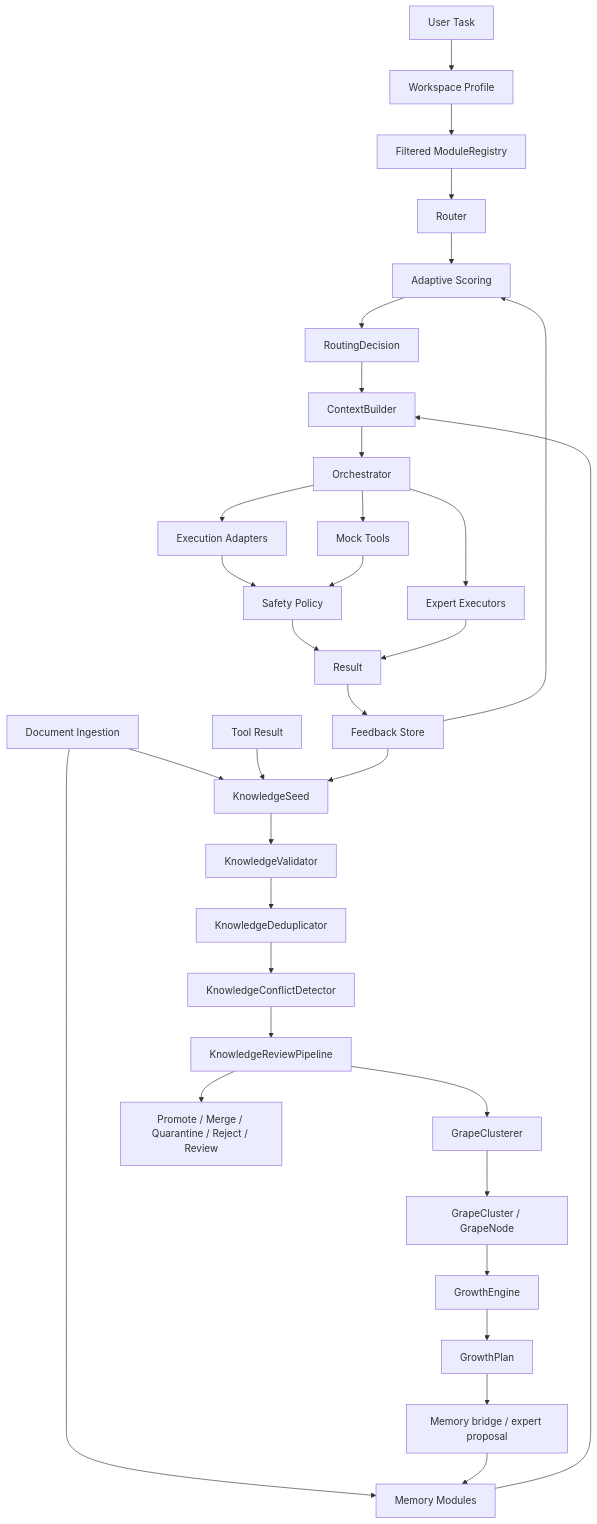
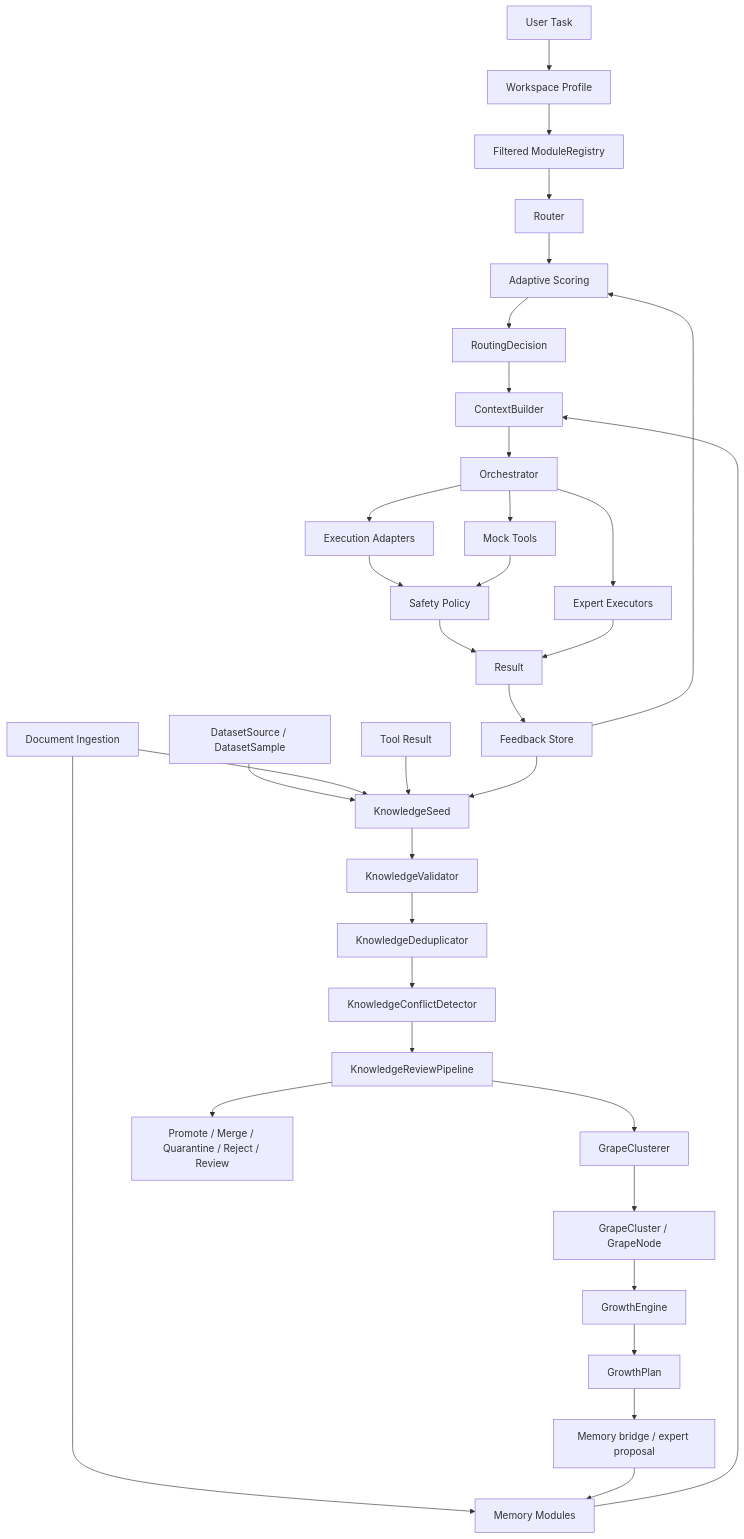
The diagram in docs/architecture.md (Robotyaga/Grona), drawn with Mermaid before and after one commit. The commit also changed other lines of this file and 14 other files, not shown here.

````diff
--- a/docs/architecture.md
+++ b/docs/architecture.md
@@ -19,35 +20,36 @@
 ```mermaid
 flowchart TD
     A[User Task] --> B[Workspace Profile]
     B --> C[Filtered ModuleRegistry]
     C --> D[Router]
     F[Feedback Store] --> E[Adaptive Scoring]
     D --> E
     E --> G[RoutingDecision]
     H[Memory Modules] --> I[ContextBuilder]
     J[Document Ingestion] --> H
-    J --> Q[KnowledgeSeed]
+    DS[DatasetSource / DatasetSample] --> Q[KnowledgeSeed]
+    J --> Q
     R[Tool Result] --> Q
     F --> Q
     Q --> S[KnowledgeValidator]
     S --> U[KnowledgeDeduplicator]
     U --> V[KnowledgeConflictDetector]
     V --> W[KnowledgeReviewPipeline]
     W --> X[GrapeClusterer]
     X --> Y[GrapeCluster / GrapeNode]
     Y --> Z[GrowthEngine]
     Z --> AA[GrowthPlan]
     AA --> AB[Memory bridge / expert proposal]
     AB --> H
     W --> T[Promote / Merge / Quarantine / Reject / Review]
     G --> I
     I --> K[Orchestrator]
     K --> L[Expert Executors]
     K --> M[Execution Adapters]
     K --> N[Mock Tools]
     M --> O[Safety Policy]
     N --> O
     O --> P[Result]
     L --> P
     P --> F
 ```
````
